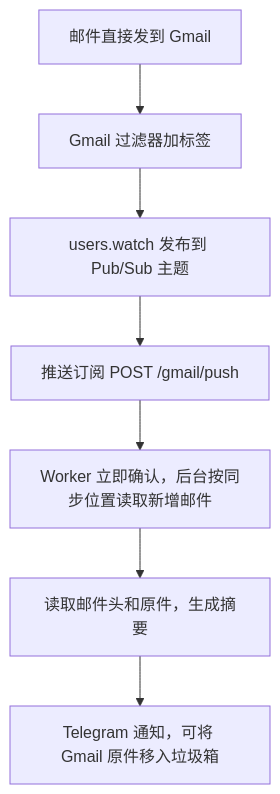
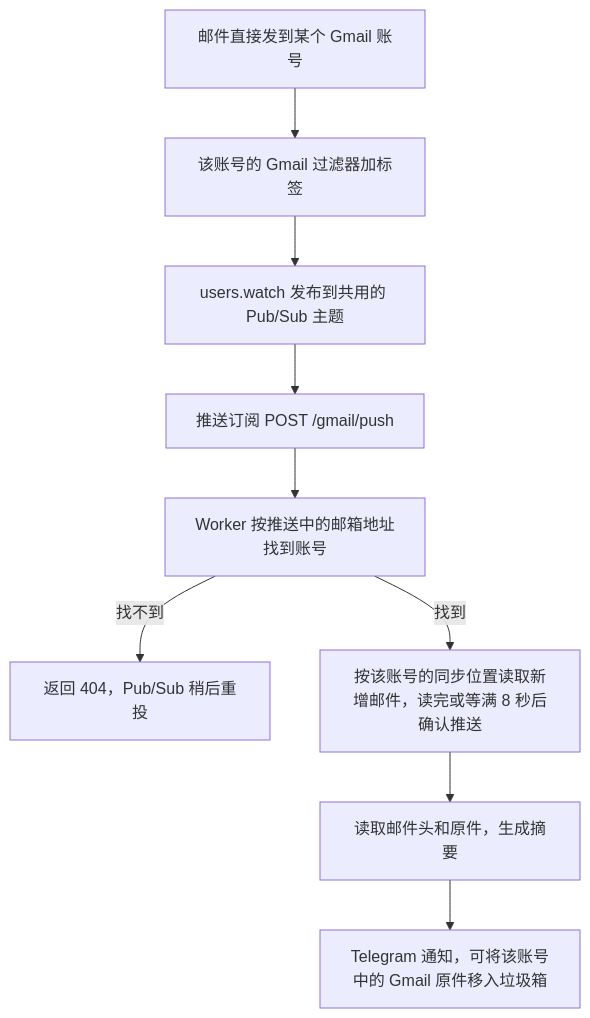
One commit to lainbo/synopsis changed the diagram in docs/gmail-direct-setup.md. Above: the diagram before and after it, drawn with Mermaid. The commit also changed other lines of this file and 25 other files, not shown here.

````diff
--- a/docs/gmail-direct-setup.md
+++ b/docs/gmail-direct-setup.md
@@ -9,9 +11,11 @@
 ```mermaid
 flowchart TD
-  A["邮件直接发到 Gmail"] --> B["Gmail 过滤器加标签"]
-  B --> C["users.watch 发布到 Pub/Sub 主题"]
+  A["邮件直接发到某个 Gmail 账号"] --> B["该账号的 Gmail 过滤器加标签"]
+  B --> C["users.watch 发布到共用的 Pub/Sub 主题"]
   C --> D["推送订阅 POST /gmail/push"]
-  D --> E["Worker 立即确认，后台按同步位置读取新增邮件"]
-  E --> F["读取邮件头和原件，生成摘要"]
-  F --> G["Telegram 通知，可将 Gmail 原件移入垃圾箱"]
+  D --> E["Worker 按推送中的邮箱地址找到账号"]
+  E -- "找不到" --> E1["返回 404，Pub/Sub 稍后重投"]
+  E -- "找到" --> F["按该账号的同步位置读取新增邮件，读完或等满 8 秒后确认推送"]
+  F --> G["读取邮件头和原件，生成摘要"]
+  G --> H["Telegram 通知，可将该账号中的 Gmail 原件移入垃圾箱"]
 ```
````
